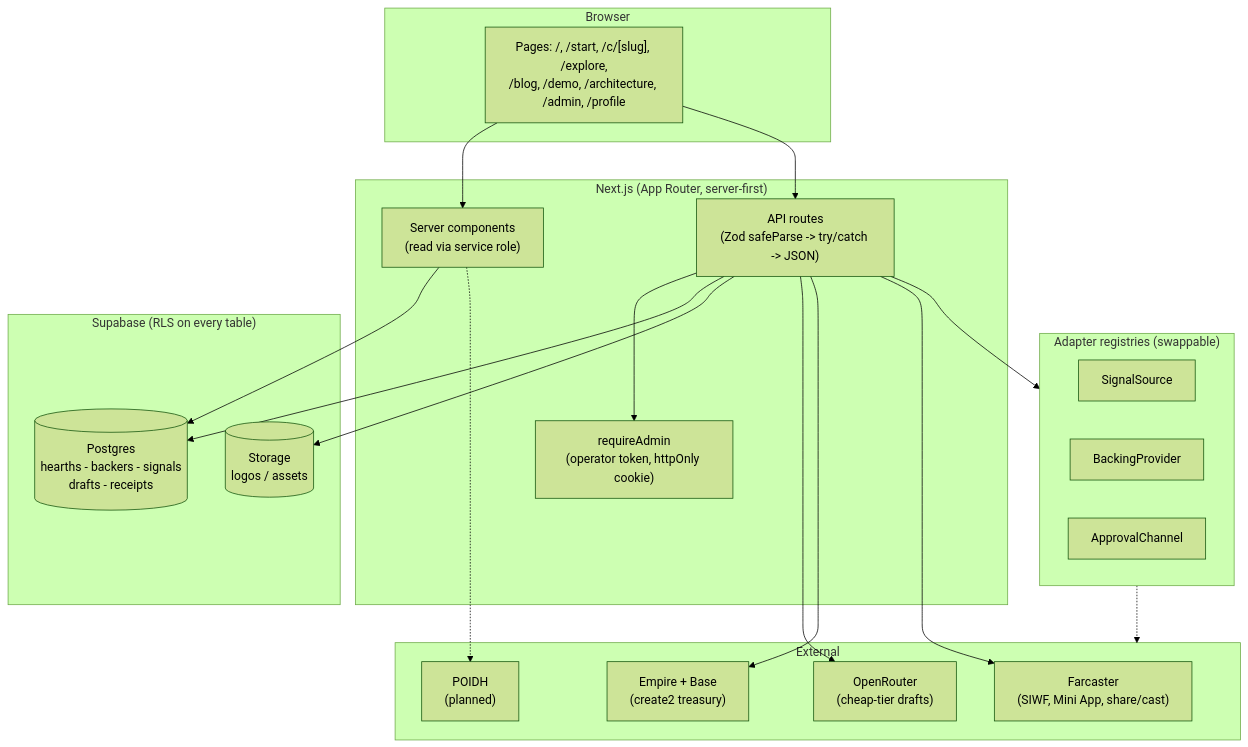
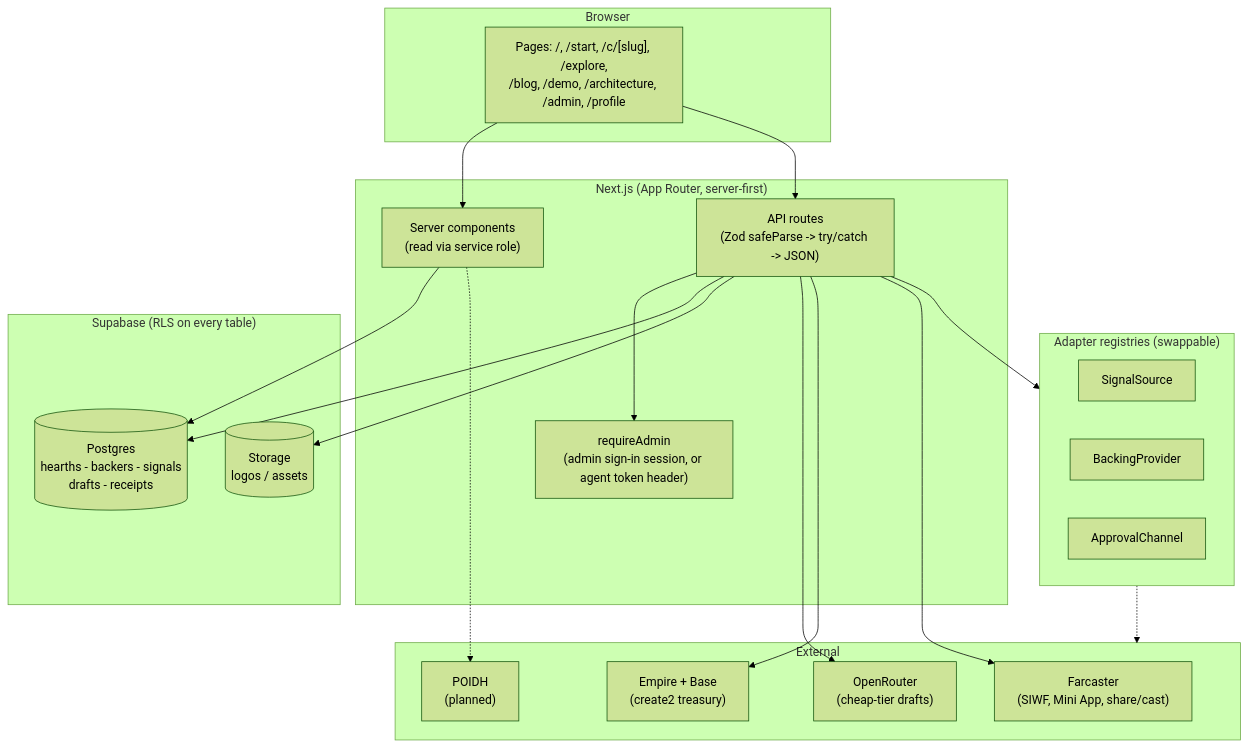
Before and after one commit to bettercallzaal/sparkz: the second of 6 diagrams in README.md, drawn with Mermaid (forest theme). The commit also changed other lines of this file and 36 other files, not shown here.

First line of the commit message:
feat(auth): owner-by-FID sign-in - two doors, one session (AUTH-PLAN 1-5) (#308)

````diff
--- a/README.md
+++ b/README.md
@@ -200,43 +200,43 @@
 ```mermaid
 flowchart TB
   subgraph Browser
     UI["Pages: /, /start, /c/[slug], /explore,<br/>/blog, /demo, /architecture, /admin, /profile"]
   end
 
   subgraph Next["Next.js (App Router, server-first)"]
     Pages["Server components<br/>(read via service role)"]
     API["API routes<br/>(Zod safeParse -> try/catch -> JSON)"]
-    Auth["requireAdmin<br/>(operator token, httpOnly cookie)"]
+    Auth["requireAdmin<br/>(admin sign-in session, or agent token header)"]
   end
 
   subgraph Data["Supabase (RLS on every table)"]
     DB[("Postgres<br/>hearths - backers - signals<br/>drafts - receipts")]
     Store[("Storage<br/>logos / assets")]
   end
 
   subgraph Seams["Adapter registries (swappable)"]
     SS["SignalSource"]
     BP["BackingProvider"]
     AC["ApprovalChannel"]
   end
 
   subgraph Ext["External"]
     OR["OpenRouter<br/>(cheap-tier drafts)"]
     EM["Empire + Base<br/>(create2 treasury)"]
     FC["Farcaster<br/>(SIWF, Mini App, share/cast)"]
     PO["POIDH<br/>(planned)"]
   end
 
   UI --> Pages
   UI --> API
   API --> Auth
   Pages --> DB
   API --> DB
   API --> Store
   API --> Seams
   Seams -.-> Ext
   API --> OR
   API --> EM
   API --> FC
   Pages -.-> PO
 ```
````
